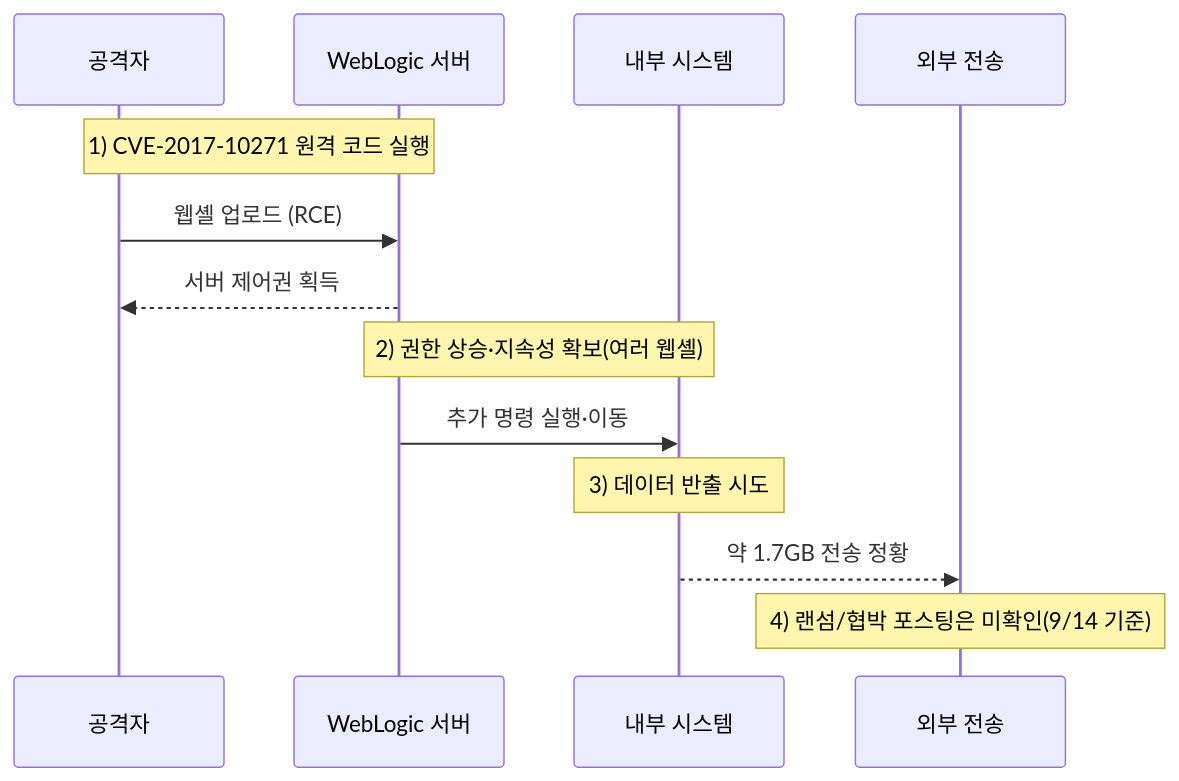
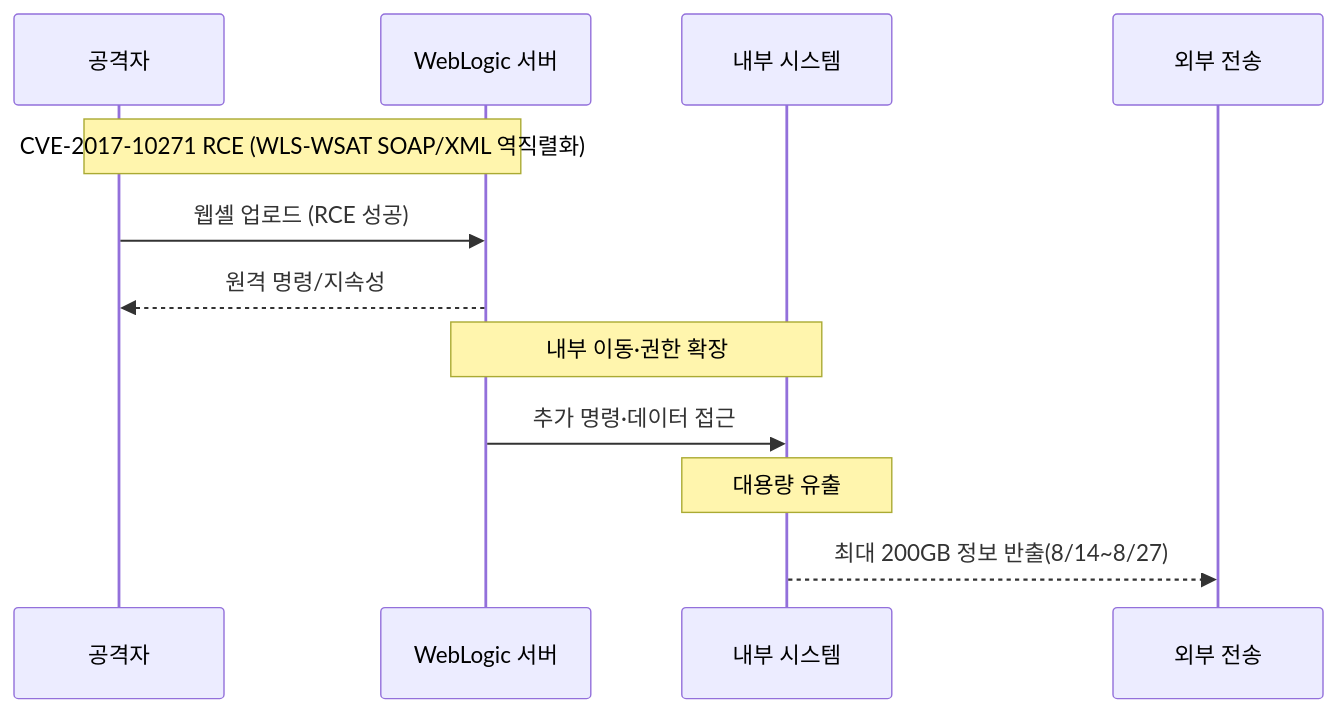
One commit to qubitsec/blog changed the diagram in content/ko/threats/case-lottecard_weblogic.md. Above: the diagram before and after it, drawn with Mermaid. The commit also changed other lines of this file, not shown here.

`````diff
--- a/content/ko/threats/case-lottecard_weblogic.md
+++ b/content/ko/threats/case-lottecard_weblogic.md
@@ -55,18 +53,17 @@
 ```mermaid
 sequenceDiagram
     participant 공격자
     participant WAS as WebLogic 서버
     participant 내부망 as 내부 시스템
     participant 외부 as 외부 전송
 
-    Note over 공격자,WAS: 1) CVE-2017-10271 원격 코드 실행
-    공격자->>WAS: 웹셸 업로드 (RCE)
-    WAS-->>공격자: 서버 제어권 획득
+    Note over 공격자,WAS: CVE-2017-10271 RCE (WLS-WSAT SOAP/XML 역직렬화)
+    공격자->>WAS: 웹셸 업로드 (RCE 성공)
+    WAS-->>공격자: 원격 명령/지속성
 
-    Note over WAS,내부망: 2) 권한 상승·지속성 확보(여러 웹셸)
-    WAS->>내부망: 추가 명령 실행·이동
+    Note over WAS,내부망: 내부 이동·권한 확장
+    WAS->>내부망: 추가 명령·데이터 접근
 
-    Note over 내부망: 3) 데이터 반출 시도
-    내부망-->>외부: 약 1.7GB 전송 정황
-    Note over 외부: 4) 랜섬/협박 포스팅은 미확인(9/14 기준)
-````
+    Note over 내부망: 대용량 유출
+    내부망-->>외부: 최대 200GB 정보 반출(8/14~8/27)
+```
`````
